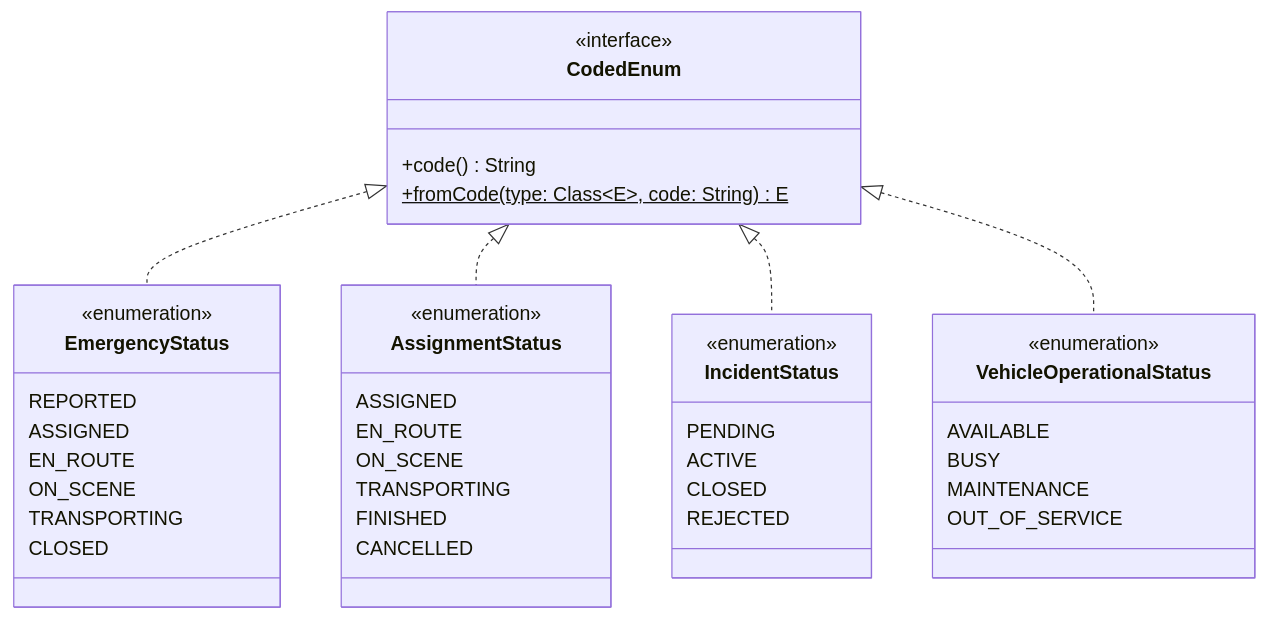
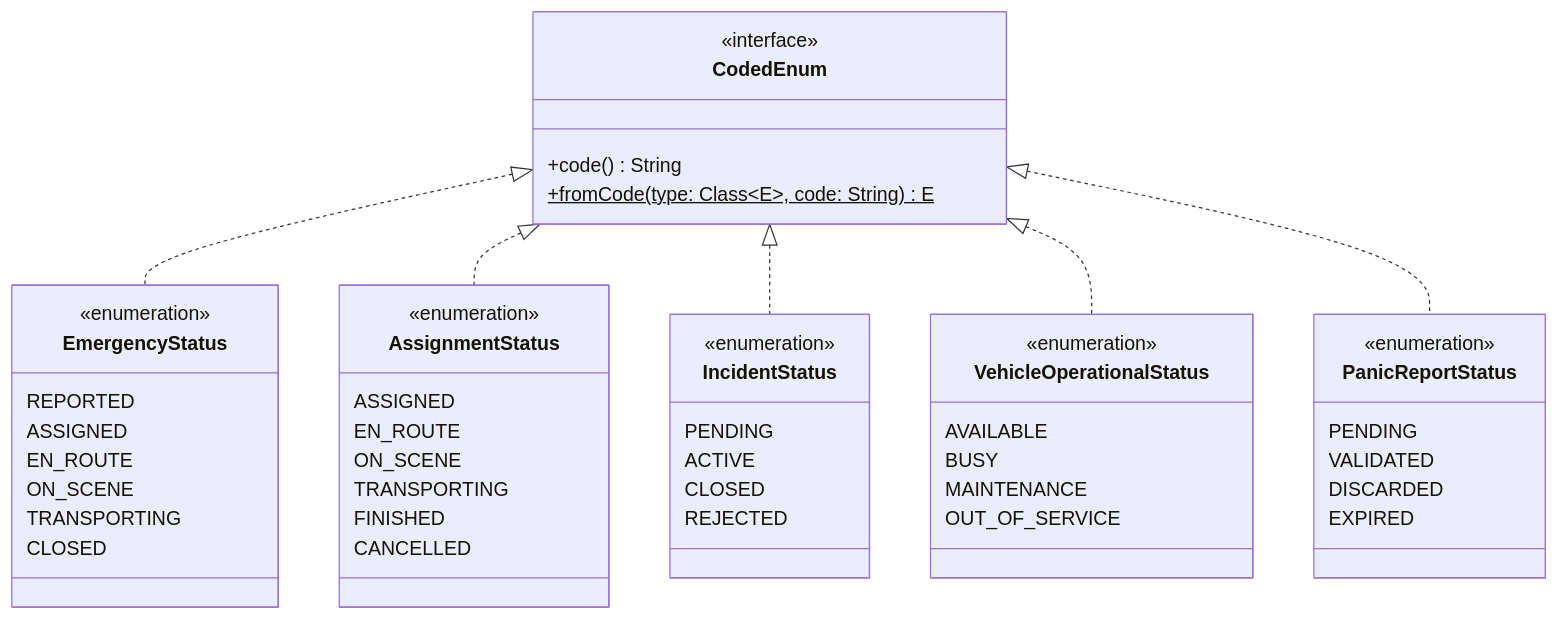
One commit to afzabaleta/RutaVida changed the sixth of 24 diagrams in docs/class-diagram.md. Above: the diagram before and after it, drawn with Mermaid. The commit also changed other lines of this file and 11 other files, not shown here.

First line of the commit message:
feature: add-panic-report-data

````diff
--- a/docs/class-diagram.md
+++ b/docs/class-diagram.md
@@ -408,50 +422,58 @@
 ```mermaid
 ---
 config:
   markdownAutoWrap: false
 ---
 classDiagram
     direction TB
 
     class CodedEnum {
         <<interface>>
         +code() String
         +fromCode(type: Class~E~, code: String) E$
     }
     class EmergencyStatus {
         <<enumeration>>
         REPORTED
         ASSIGNED
         EN_ROUTE
         ON_SCENE
         TRANSPORTING
         CLOSED
     }
     class AssignmentStatus {
         <<enumeration>>
         ASSIGNED
         EN_ROUTE
         ON_SCENE
         TRANSPORTING
         FINISHED
         CANCELLED
     }
     class IncidentStatus {
         <<enumeration>>
         PENDING
         ACTIVE
         CLOSED
         REJECTED
     }
     class VehicleOperationalStatus {
         <<enumeration>>
         AVAILABLE
         BUSY
         MAINTENANCE
         OUT_OF_SERVICE
     }
     CodedEnum <|.. EmergencyStatus
     CodedEnum <|.. AssignmentStatus
     CodedEnum <|.. IncidentStatus
+    class PanicReportStatus {
+        <<enumeration>>
+        PENDING
+        VALIDATED
+        DISCARDED
+        EXPIRED
+    }
     CodedEnum <|.. VehicleOperationalStatus
+    CodedEnum <|.. PanicReportStatus
 ```
````
